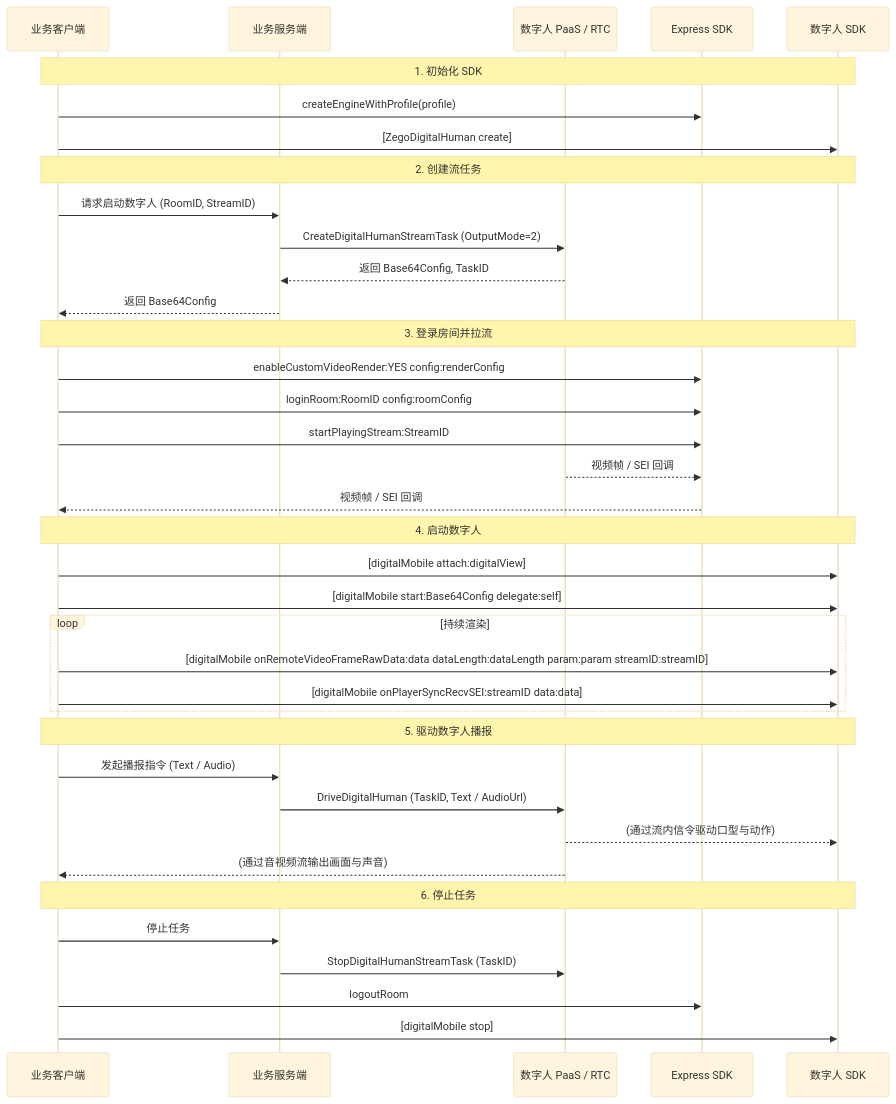
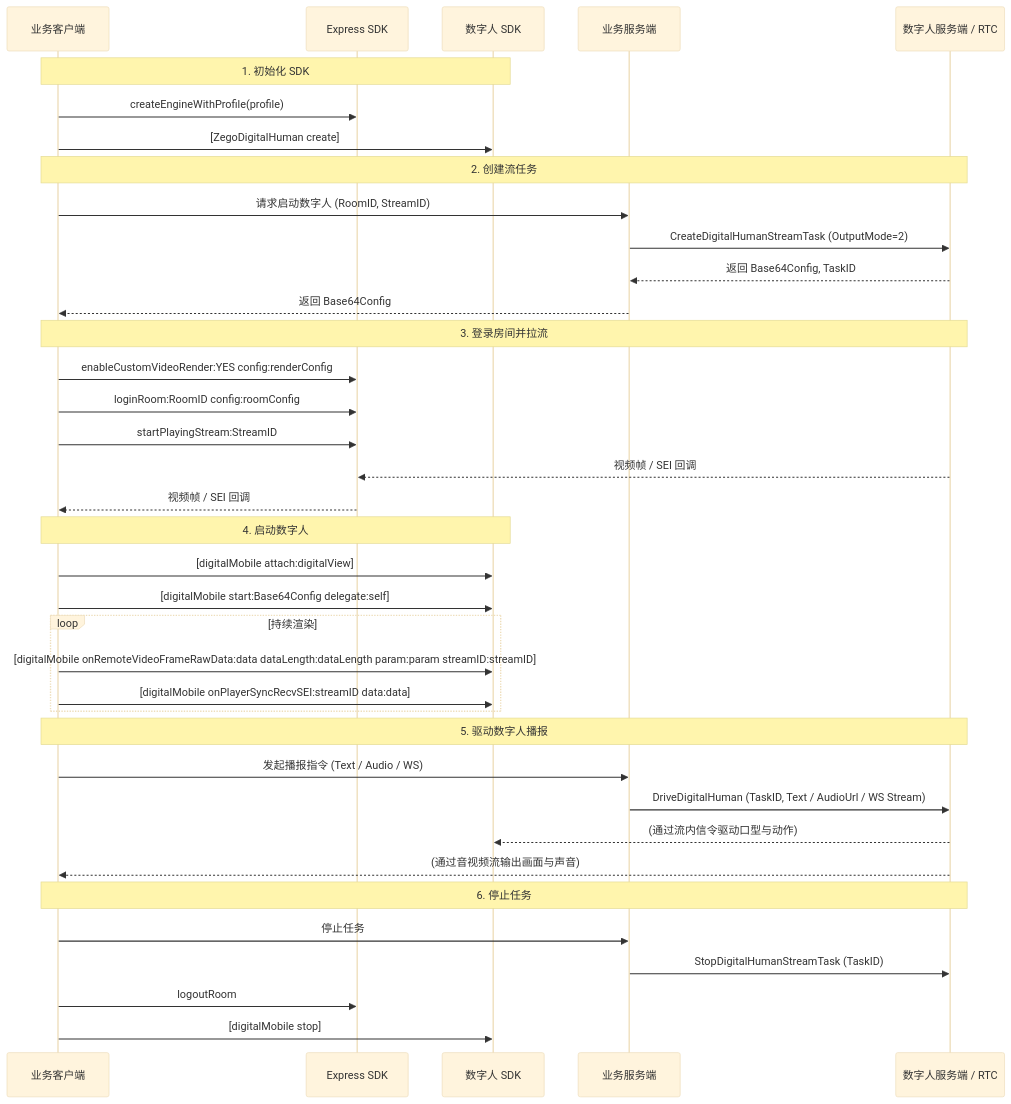
One commit to ZEGOCLOUD/docs_all changed the second of 3 diagrams in core_products/digital-human/zh/android/quick-start.mdx. Above: the diagram before and after it, drawn with Mermaid (base theme). The commit also changed other lines of this file and 3 other files, not shown here.

Commit message:
Update digital human SDK documentation to correct API links, enhance example code clarity, and improve the structure of the integration process for server-side interactions, including WebSocket-driven audio streaming. Add warnings and notes for better user guidance.

````diff
--- a/core_products/digital-human/zh/android/quick-start.mdx
+++ b/core_products/digital-human/zh/android/quick-start.mdx
@@ -124,45 +124,45 @@
 ```mermaid
 sequenceDiagram
     participant Client as 业务客户端
-    participant Server as 业务服务端
-    participant PaaS as 数字人 PaaS / RTC
     participant Express as Express SDK
     participant DH_SDK as 数字人 SDK
+    participant Server as 业务服务端
+    participant PaaS as 数字人服务端 / RTC
 
     Note over Client, DH_SDK: 1. 初始化 SDK
     Client->>Express: createEngineWithProfile(profile)
     Client->>DH_SDK: [ZegoDigitalHuman create]
 
-    Note over Client, DH_SDK: 2. 创建流任务
+    Note over Client, PaaS: 2. 创建流任务
     Client->>Server: 请求启动数字人 (RoomID, StreamID)
     Server->>PaaS: CreateDigitalHumanStreamTask (OutputMode=2)
     PaaS-->>Server: 返回 Base64Config, TaskID
     Server-->>Client: 返回 Base64Config
 
-    Note over Client, DH_SDK: 3. 登录房间并拉流
+    Note over Client, PaaS: 3. 登录房间并拉流
     Client->>Express: enableCustomVideoRender:YES config:renderConfig
     Client->>Express: loginRoom:RoomID config:roomConfig
     Client->>Express: startPlayingStream:StreamID
     PaaS-->>Express: 视频帧 / SEI 回调
     Express-->>Client: 视频帧 / SEI 回调
 
     Note over Client, DH_SDK: 4. 启动数字人
     Client->>DH_SDK: [digitalMobile attach:digitalView]
     Client->>DH_SDK: [digitalMobile start:Base64Config delegate:self]
     loop 持续渲染
         Client->>DH_SDK: [digitalMobile onRemoteVideoFrameRawData:data dataLength:dataLength param:param streamID:streamID]
         Client->>DH_SDK: [digitalMobile onPlayerSyncRecvSEI:streamID data:data]
     end
 
-    Note over Client, DH_SDK: 5. 驱动数字人播报
-    Client->>Server: 发起播报指令 (Text / Audio)
-    Server->>PaaS: DriveDigitalHuman (TaskID, Text / AudioUrl)
+    Note over Client, PaaS: 5. 驱动数字人播报
+    Client->>Server: 发起播报指令 (Text / Audio / WS)
+    Server->>PaaS: DriveDigitalHuman (TaskID, Text / AudioUrl / WS Stream)
     PaaS-->>DH_SDK: (通过流内信令驱动口型与动作)
     PaaS-->>Client: (通过音视频流输出画面与声音)
 
-    Note over Client, DH_SDK: 6. 停止任务
+    Note over Client, PaaS: 6. 停止任务
     Client->>Server: 停止任务
     Server->>PaaS: StopDigitalHumanStreamTask (TaskID)
     Client->>Express: logoutRoom
     Client->>DH_SDK: [digitalMobile stop]
 ```
````
